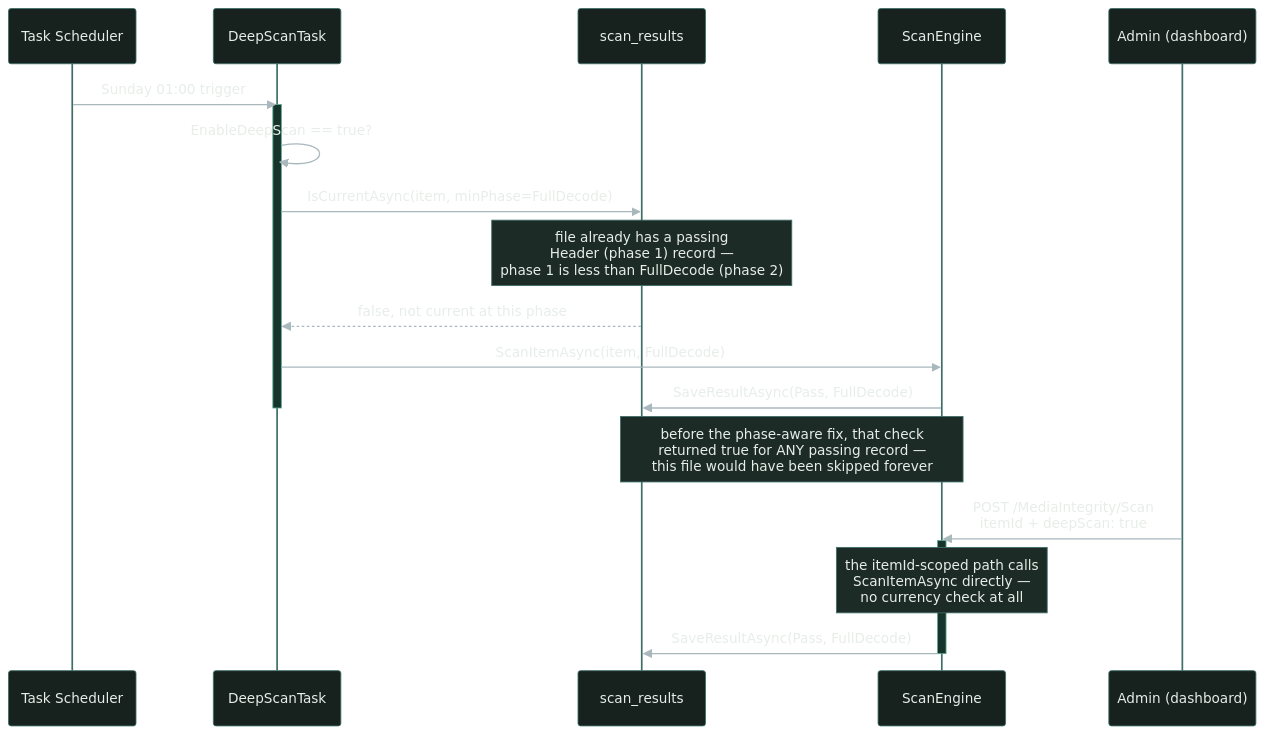
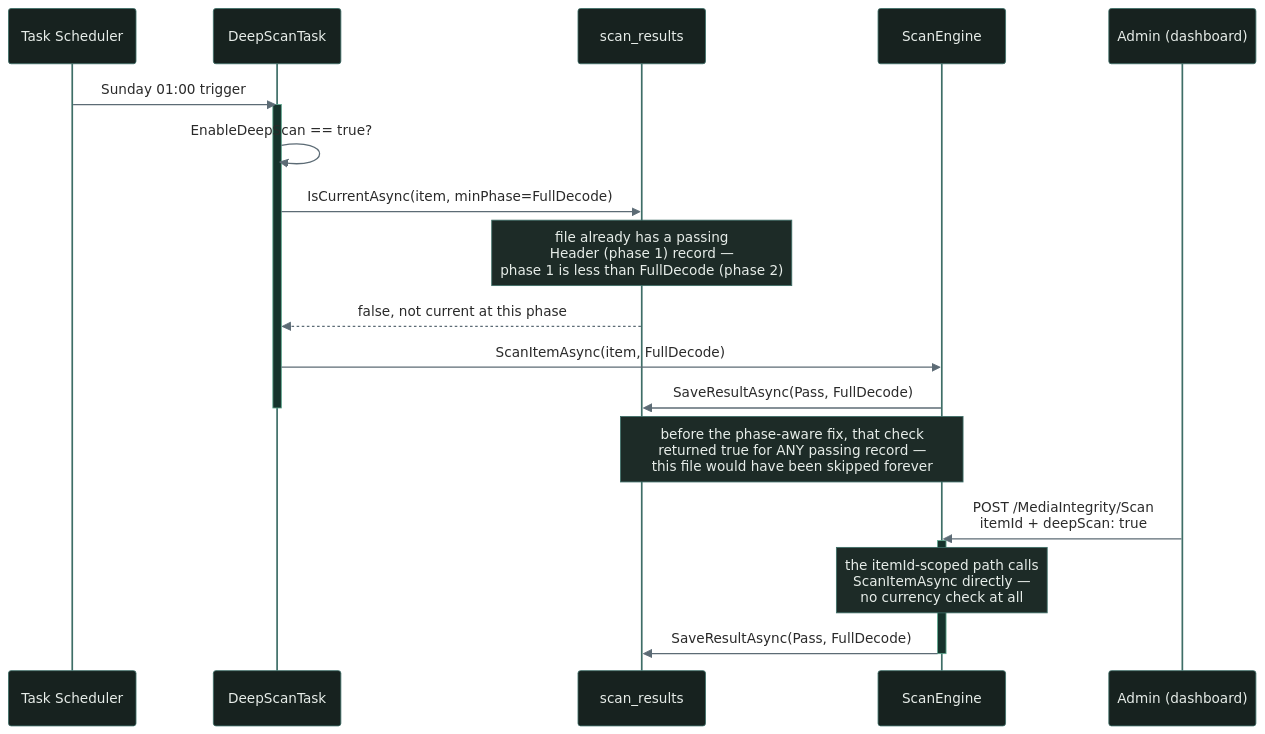
One commit to mcgarrah/mcgarrah.github.io changed the second of 2 diagrams in _posts/2026-08-10-jellyfin-media-integrity-scanner-core.md. Above: the diagram before and after it, drawn with Mermaid. The commit also changed 1 other file, not shown here.

Commit message:
fix: darken sequence-diagram signal/loop text for readability on light bg
The two sequenceDiagrams (scanner-core's Sunday Deep Scan diagram,
dashboard-api's playback-pause diagram) used signalColor/signalTextColor/
loopTextColor values designed for a dark backdrop (near-white text,
light gray-blue lines). The site's actual page background is white, so
the arrow labels along each lifeline were nearly invisible -- confirmed
visually via a real headless-browser screenshot of the decrypted drafts
preview, not just reading the color values. Darkened the three values
so the unboxed message/loop text reads clearly against the white page;
actor/note boxes were unaffected since they already have their own dark
fills.

````diff
--- a/_posts/2026-08-10-jellyfin-media-integrity-scanner-core.md
+++ b/_posts/2026-08-10-jellyfin-media-integrity-scanner-core.md
@@ -353,46 +353,46 @@
 ```mermaid
 %%{init: {"theme": "base", "themeVariables": {
   "actorBkg": "#17221f",
   "actorBorder": "#3e6e67",
   "actorTextColor": "#e7ede9",
   "actorLineColor": "#3e6e67",
-  "signalColor": "#a8b8bd",
-  "signalTextColor": "#e7ede9",
+  "signalColor": "#5c6b75",
+  "signalTextColor": "#2a2a2a",
   "labelBoxBkgColor": "#2a2013",
   "labelBoxBorderColor": "#e3a857",
   "labelTextColor": "#f4d9a8",
-  "loopTextColor": "#e7ede9",
+  "loopTextColor": "#2a2a2a",
   "noteBkgColor": "#1d2b27",
   "noteBorderColor": "#3e6e67",
   "noteTextColor": "#e7ede9",
   "activationBorderColor": "#5fa88f",
   "activationBkgColor": "#16332c",
   "sequenceNumberColor": "#101a18",
   "fontFamily": "monospace",
   "fontSize": "13px"
 }}}%%
 sequenceDiagram
     participant SCH as Task Scheduler
     participant DST as DeepScanTask
     participant DB as scan_results
     participant SE as ScanEngine
     participant AD as Admin (dashboard)
 
     SCH->>DST: Sunday 01:00 trigger
     activate DST
     DST->>DST: EnableDeepScan == true?
     DST->>DB: IsCurrentAsync(item, minPhase=FullDecode)
     Note over DB: file already has a passing<br/>Header (phase 1) record —<br/>phase 1 is less than FullDecode (phase 2)
     DB-->>DST: false, not current at this phase
     DST->>SE: ScanItemAsync(item, FullDecode)
     SE->>DB: SaveResultAsync(Pass, FullDecode)
     deactivate DST
 
     Note over DB,SE: before the phase-aware fix, that check<br/>returned true for ANY passing record —<br/>this file would have been skipped forever
 
     AD->>SE: POST /MediaIntegrity/Scan<br/>itemId + deepScan: true
     activate SE
     Note over SE: the itemId-scoped path calls<br/>ScanItemAsync directly —<br/>no currency check at all
     SE->>DB: SaveResultAsync(Pass, FullDecode)
     deactivate SE
 ```
````
